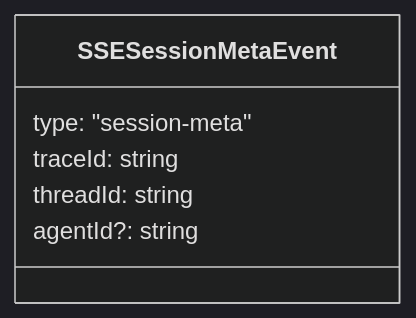
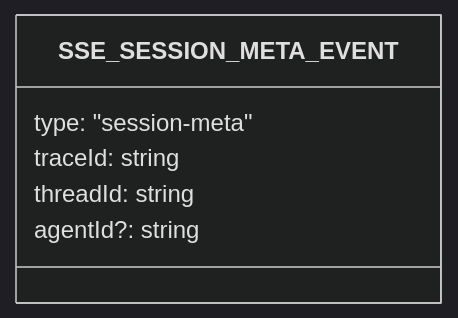
Diagram 15 of 22 in plan/11-transport.md (1qh/safeagent), drawn with Mermaid (dark theme) before and after one commit. The commit also changed other lines of this file and 7 other files, not shown here.

Commit message:
plan: fix Mermaid node IDs to UPPER_SNAKE across all files

````diff
--- a/plan/11-transport.md
+++ b/plan/11-transport.md
@@ -499,9 +499,9 @@
 ```mermaid
 classDiagram
-    class SSESessionMetaEvent {
+    class SSE_SESSION_META_EVENT {
         type: "session-meta"
         traceId: string
         threadId: string
         agentId?: string
     }
 ```
````
